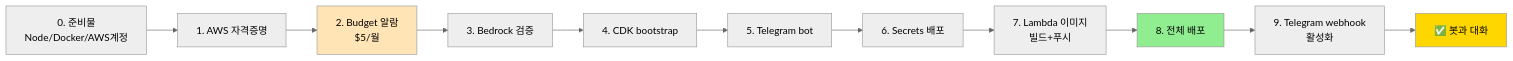
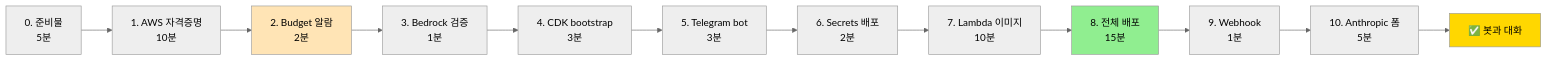
The third of 8 diagrams in README.md (AI-Dico/aws-serverless-agent-ko), drawn with Mermaid (neutral theme) before and after one commit. The commit also changed other lines of this file, not shown here.

````diff
--- a/README.md
+++ b/README.md
@@ -90,17 +90,18 @@
 ```mermaid
 flowchart LR
-    A[0. 준비물<br/>Node/Docker/AWS계정] --> B[1. AWS 자격증명]
-    B --> C[2. Budget 알람<br/>$5/월]
-    C --> D[3. Bedrock 검증]
-    D --> E[4. CDK bootstrap]
-    E --> F[5. Telegram bot]
-    F --> G[6. Secrets 배포]
-    G --> H[7. Lambda 이미지<br/>빌드+푸시]
-    H --> I[8. 전체 배포]
-    I --> J[9. Telegram webhook<br/>활성화]
-    J --> K[✅ 봇과 대화]
+    A[0. 준비물<br/>5분] --> B[1. AWS 자격증명<br/>10분]
+    B --> C[2. Budget 알람<br/>2분]
+    C --> D[3. Bedrock 검증<br/>1분]
+    D --> E[4. CDK bootstrap<br/>3분]
+    E --> F[5. Telegram bot<br/>3분]
+    F --> G[6. Secrets 배포<br/>2분]
+    G --> H[7. Lambda 이미지<br/>10분]
+    H --> I[8. 전체 배포<br/>15분]
+    I --> J[9. Webhook<br/>1분]
+    J --> J2[10. Anthropic 폼<br/>5분]
+    J2 --> K[✅ 봇과 대화]
 
     style C fill:#FFE4B5
     style I fill:#90EE90
     style K fill:#FFD700
 ```
````
